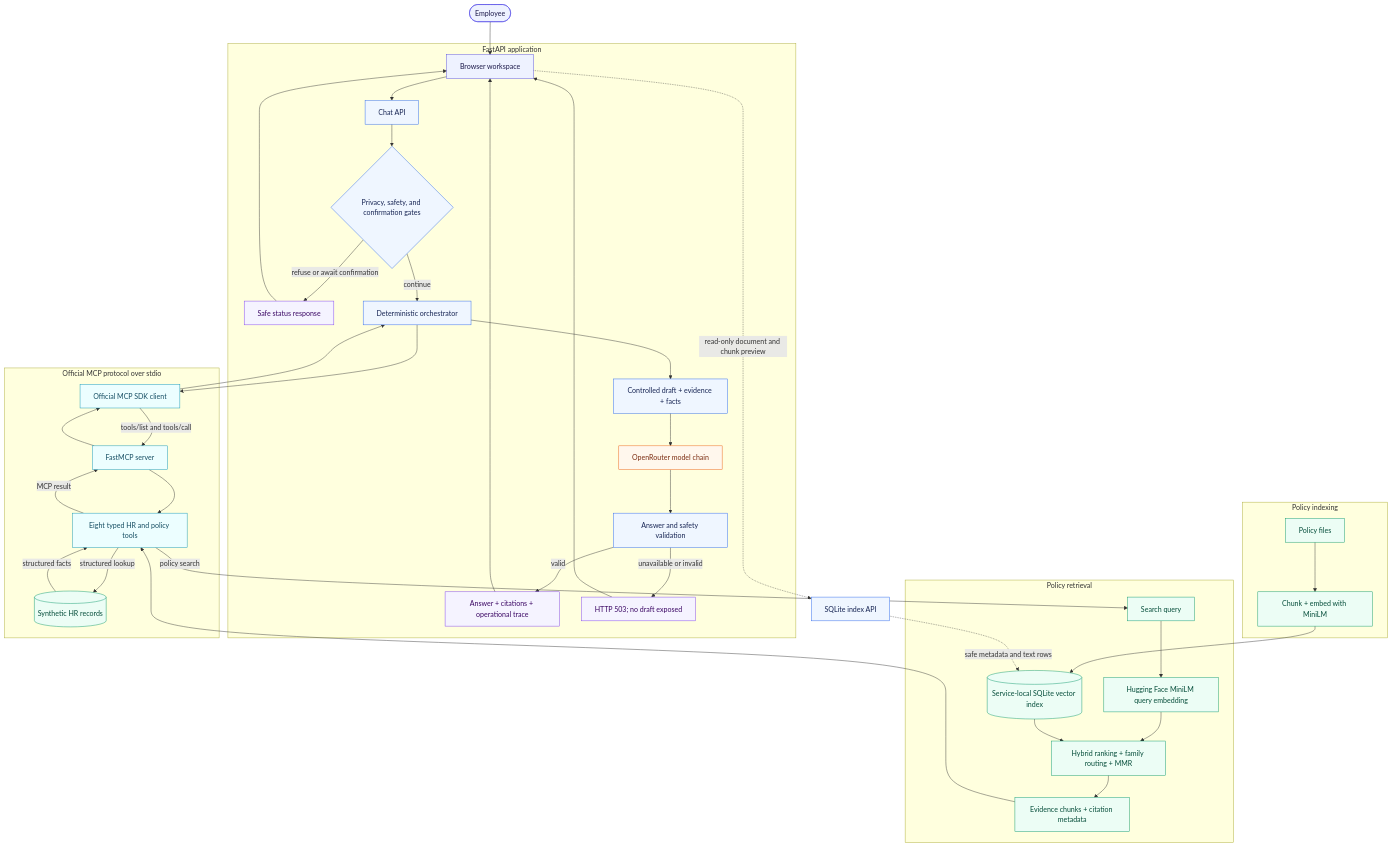
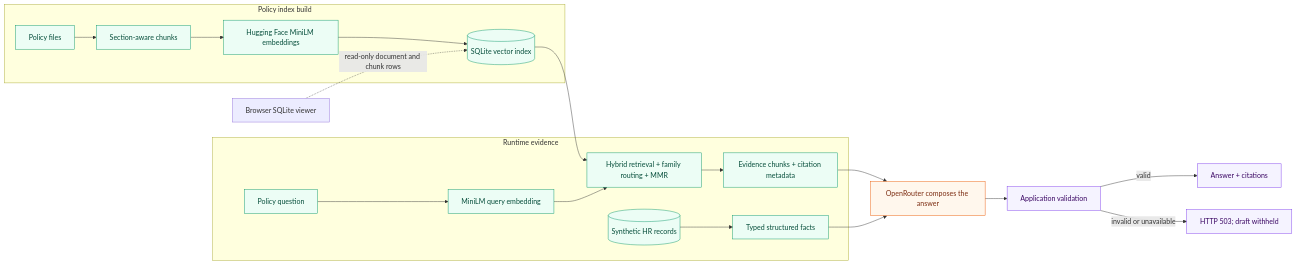
The second of 2 diagrams in README.md (MSAIE2027/Project-HR-Agent), drawn with Mermaid before and after one commit. The commit also changed other lines of this file and 5 other files, not shown here.

Commit message:
docs: clarify architecture and evidence boundaries

````diff
--- a/README.md
+++ b/README.md
@@ -7,60 +43,30 @@
 ```mermaid
-flowchart TB
-    EMP([Employee]) --> UI[Browser workspace]
-
-    subgraph APP[FastAPI application]
-        UI --> API[Chat API]
-        API --> G{Privacy, safety, and confirmation gates}
-        G -->|refuse or await confirmation| SAFE[Safe status response]
-        G -->|continue| AGENT[Deterministic orchestrator]
-        AGENT --> DRAFT[Controlled draft + evidence + facts]
-        DRAFT --> OR[OpenRouter model chain]
-        OR --> VALIDATE[Answer and safety validation]
-        VALIDATE -->|valid| ANSWER[Answer + citations + operational trace]
-        VALIDATE -->|unavailable or invalid| FAIL[HTTP 503; no draft exposed]
-        ANSWER --> UI
-        SAFE --> UI
-        FAIL --> UI
+flowchart LR
+    subgraph Build[Policy index build]
+        DOCS[Policy files] --> CHUNK[Section-aware chunks]
+        CHUNK --> EMBED[Hugging Face MiniLM embeddings]
+        EMBED --> DB[(SQLite vector index)]
     end
 
-    subgraph MCP[Official MCP protocol over stdio]
-        AGENT --> CLIENT[Official MCP SDK client]
-        CLIENT -->|tools/list and tools/call| SERVER[FastMCP server]
-        SERVER --> TOOLS[Eight typed HR and policy tools]
-        TOOLS -->|structured lookup| HRDATA[(Synthetic HR records)]
-        HRDATA -->|structured facts| TOOLS
-        TOOLS -->|MCP result| SERVER
-        SERVER --> CLIENT
-        CLIENT --> AGENT
+    subgraph Request[Runtime evidence]
+        QUESTION[Policy question] --> QUERY[MiniLM query embedding]
+        DB --> RETRIEVE[Hybrid retrieval + family routing + MMR]
+        QUERY --> RETRIEVE
+        RETRIEVE --> PASSAGES[Evidence chunks + citation metadata]
+        HR[(Synthetic HR records)] --> FACTS[Typed structured facts]
     end
 
-    subgraph RAG[Policy retrieval]
-        TOOLS -->|policy search| QUERY[Search query]
-        QUERY --> EMBED[Hugging Face MiniLM query embedding]
-        EMBED --> RANK[Hybrid ranking + family routing + MMR]
-        SQLITE[(Service-local SQLite vector index)] --> RANK
-        RANK --> EVIDENCE[Evidence chunks + citation metadata]
-        EVIDENCE --> TOOLS
-    end
+    PASSAGES --> COMPOSE[OpenRouter composes the answer]
+    FACTS --> COMPOSE
+    COMPOSE --> CHECK[Application validation]
+    CHECK -->|valid| RESPONSE[Answer + citations]
+    CHECK -->|invalid or unavailable| SAFE[HTTP 503; draft withheld]
+    UI[Browser SQLite viewer] -. read-only document and chunk rows .-> DB
 
-    subgraph INGESTION[Policy indexing]
-        POLICY[Policy files] --> INGEST[Chunk + embed with MiniLM]
-        INGEST --> SQLITE
-    end
-
-    UI -. read-only document and chunk preview .-> INDEXAPI[SQLite index API]
-    INDEXAPI -. safe metadata and text rows .-> SQLITE
-
-    classDef user fill:#eef2ff,stroke:#4f46e5,color:#1e1b4b
-    classDef app fill:#eff6ff,stroke:#2563eb,color:#172554
-    classDef protocol fill:#ecfeff,stroke:#0891b2,color:#164e63
     classDef local fill:#ecfdf5,stroke:#059669,color:#064e3b
-    classDef hosted fill:#fff7ed,stroke:#ea580c,color:#7c2d12
+    classDef hosted fill:#fff7ed,stroke:#ea5800,color:#7c2d12
     classDef output fill:#f5f3ff,stroke:#7c3aed,color:#3b0764
-    class EMP,UI user
-    class API,G,AGENT,DRAFT,VALIDATE,INDEXAPI app
-    class CLIENT,SERVER,TOOLS protocol
-    class HRDATA,QUERY,EMBED,RANK,EVIDENCE,POLICY,INGEST,SQLITE local
-    class OR hosted
-    class ANSWER,SAFE,FAIL output
+    class DOCS,CHUNK,EMBED,DB,QUESTION,QUERY,RETRIEVE,PASSAGES,HR,FACTS local
+    class COMPOSE hosted
+    class CHECK,RESPONSE,SAFE output
 ```
````
